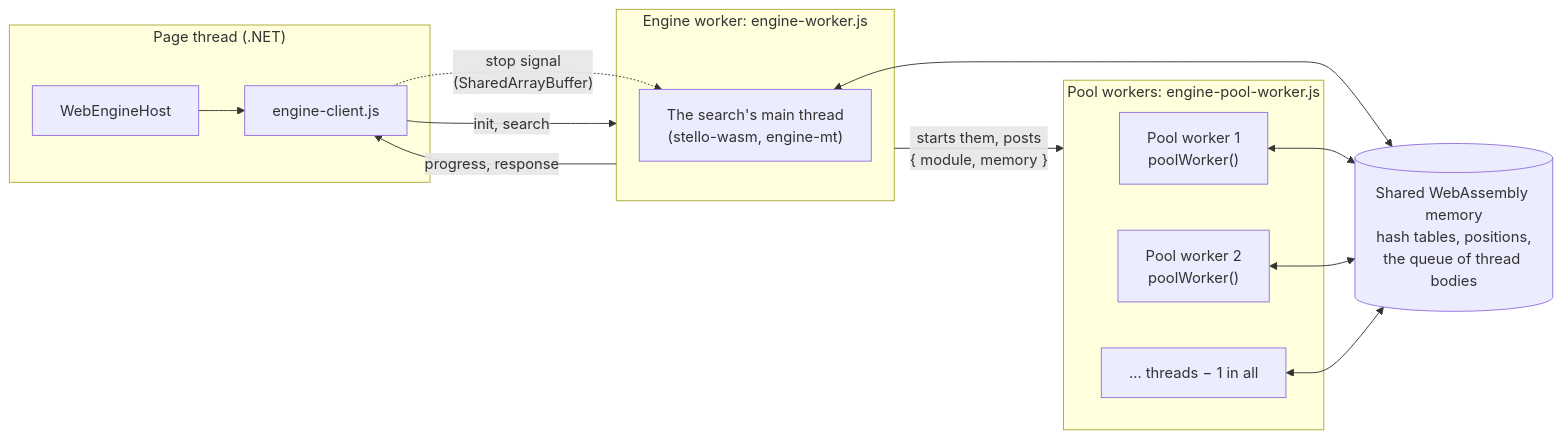
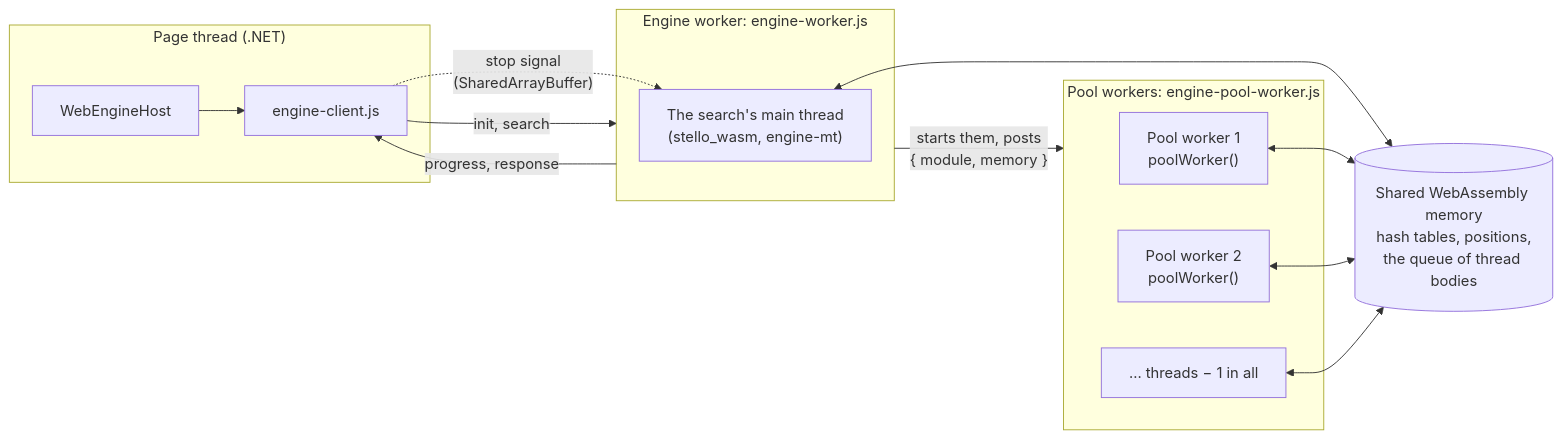
Before and after one commit to cjp-dev/Stello: the fifth of 6 diagrams in docs/14-app-integration.md, drawn with Mermaid. The commit also changed other lines of this file and 64 other files, not shown here.

````diff
--- a/docs/14-app-integration.md
+++ b/docs/14-app-integration.md
@@ -277,23 +274,23 @@
 ```mermaid
 flowchart LR
     subgraph Page["Page thread (.NET)"]
         Host["WebEngineHost"] --> Client["engine-client.js"]
     end
     subgraph EW["Engine worker: engine-worker.js"]
-        Main["The search's main thread<br/>(stello-wasm, engine-mt)"]
+        Main["The search's main thread<br/>(stello_wasm, engine-mt)"]
     end
     subgraph Pool["Pool workers: engine-pool-worker.js"]
         P1["Pool worker 1<br/>poolWorker()"]
         P2["Pool worker 2<br/>poolWorker()"]
         PN["... threads − 1 in all"]
     end
     Mem[("Shared WebAssembly memory<br/>hash tables, positions,<br/>the queue of thread bodies")]
     Client -- "init, search" --> EW
     EW -- "progress, response" --> Client
     EW -- "starts them, posts<br/>{ module, memory }" --> Pool
     Main <--> Mem
     P1 <--> Mem
     P2 <--> Mem
     PN <--> Mem
     Client -. "stop signal<br/>(SharedArrayBuffer)" .-> Main
 ```
````
